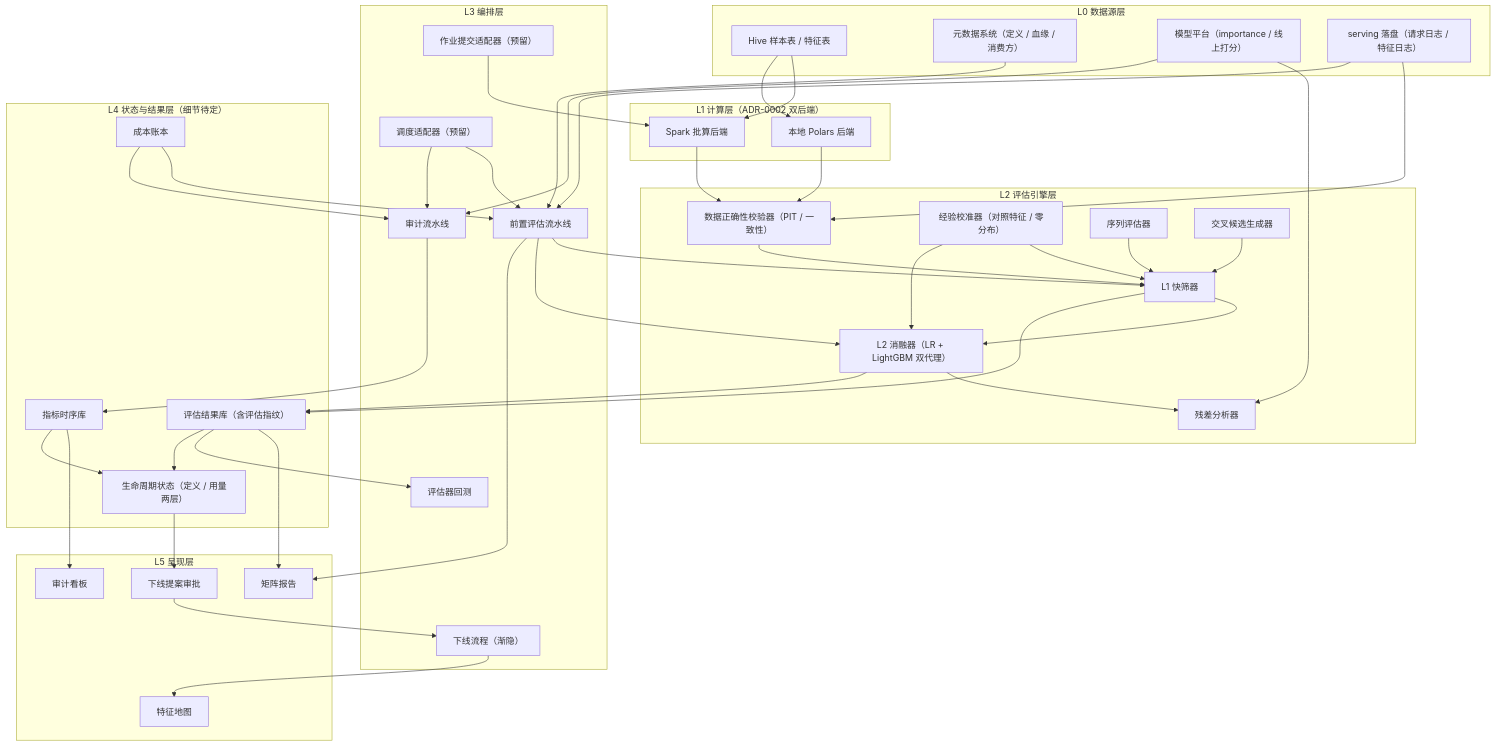
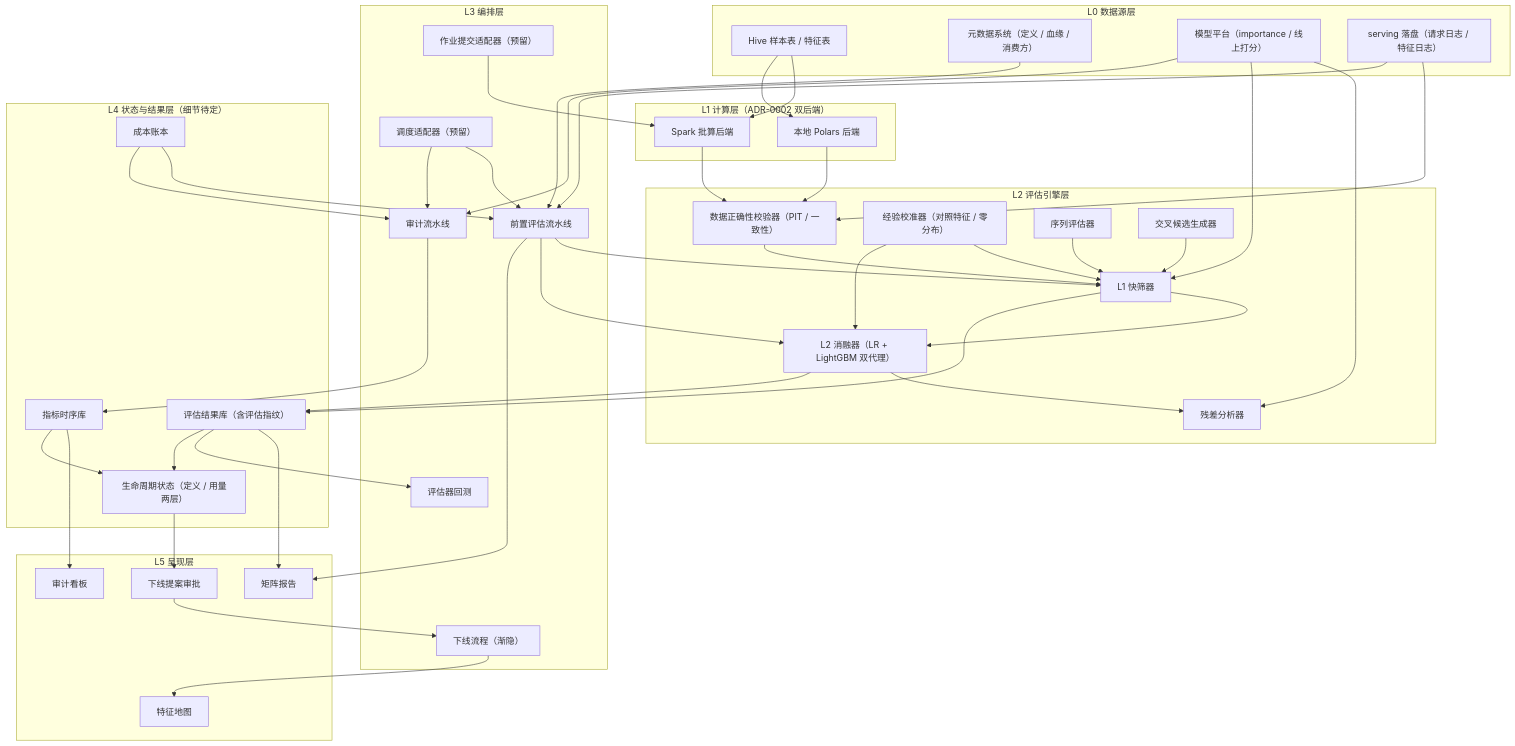
Before and after one commit to Milittle/feature-engineering: the first of 3 diagrams in docs/总体方案设计.md, drawn with Mermaid. The commit also changed other lines of this file and 8 other files, not shown here.

````diff
--- a/docs/总体方案设计.md
+++ b/docs/总体方案设计.md
@@ -36,78 +36,79 @@
 ```mermaid
 flowchart TB
   subgraph L0["L0 数据源层"]
     HIVE["Hive 样本表 / 特征表"]
     META["元数据系统（定义 / 血缘 / 消费方）"]
     MODELS["模型平台（importance / 线上打分）"]
     SLOG["serving 落盘（请求日志 / 特征日志）"]
   end
   subgraph L1C["L1 计算层（ADR-0002 双后端）"]
     SPARK["Spark 批算后端"]
     LOCAL["本地 Polars 后端"]
   end
   subgraph L2C["L2 评估引擎层"]
     DQ["数据正确性校验器（PIT / 一致性）"]
     SCR["L1 快筛器"]
     ABL["L2 消融器（LR + LightGBM 双代理）"]
     RES["残差分析器"]
     CAL["经验校准器（对照特征 / 零分布）"]
     SEQ["序列评估器"]
     CRS["交叉候选生成器"]
   end
   subgraph L3C["L3 编排层"]
     PIPE["前置评估流水线"]
     AUD["审计流水线"]
     RET["下线流程（渐隐）"]
     BT["评估器回测"]
     SUB["作业提交适配器（预留）"]
     SCH["调度适配器（预留）"]
   end
   subgraph L4C["L4 状态与结果层（细节待定）"]
     TS["指标时序库"]
     FSM["生命周期状态（定义 / 用量两层）"]
     EVAL["评估结果库（含评估指纹）"]
     COST["成本账本"]
   end
   subgraph L5C["L5 呈现层"]
     RPT["矩阵报告"]
     MAP["特征地图"]
     DASH["审计看板"]
     APR["下线提案审批"]
   end
 
   HIVE --> SPARK
   HIVE --> LOCAL
   SLOG --> DQ
   SLOG --> PIPE
   META --> PIPE
   MODELS --> RES
+  MODELS --> SCR
   MODELS --> AUD
   SPARK --> DQ
   LOCAL --> DQ
   DQ --> SCR
   SCR --> ABL
   SEQ --> SCR
   CRS --> SCR
   ABL --> RES
   CAL --> SCR
   CAL --> ABL
   PIPE --> SCR
   PIPE --> ABL
   PIPE --> RPT
   SCR --> EVAL
   ABL --> EVAL
   EVAL --> RPT
   EVAL --> BT
   AUD --> TS
   TS --> DASH
   TS --> FSM
   EVAL --> FSM
   COST --> PIPE
   COST --> AUD
   FSM --> APR
   APR --> RET
   RET --> MAP
   SUB --> SPARK
   SCH --> PIPE
   SCH --> AUD
 ```
````
